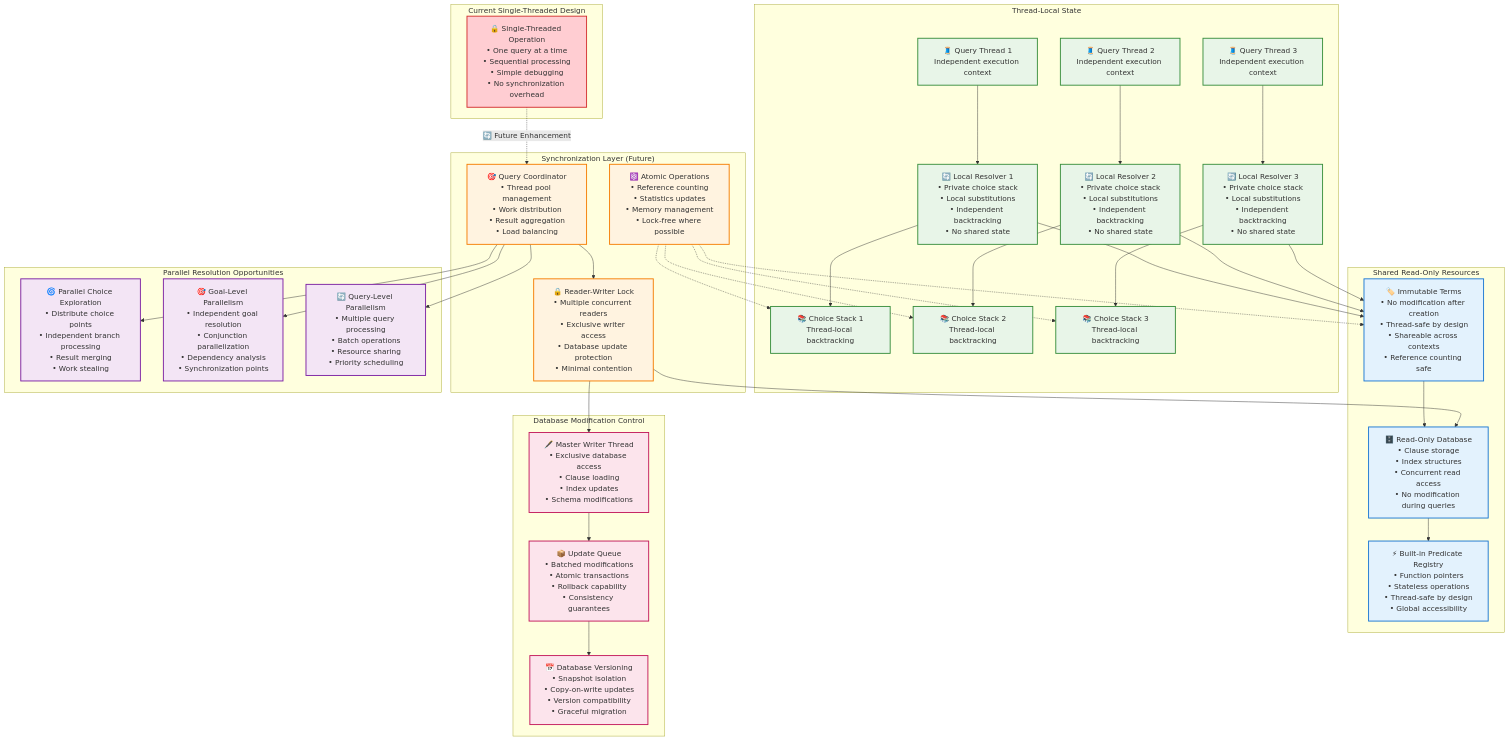
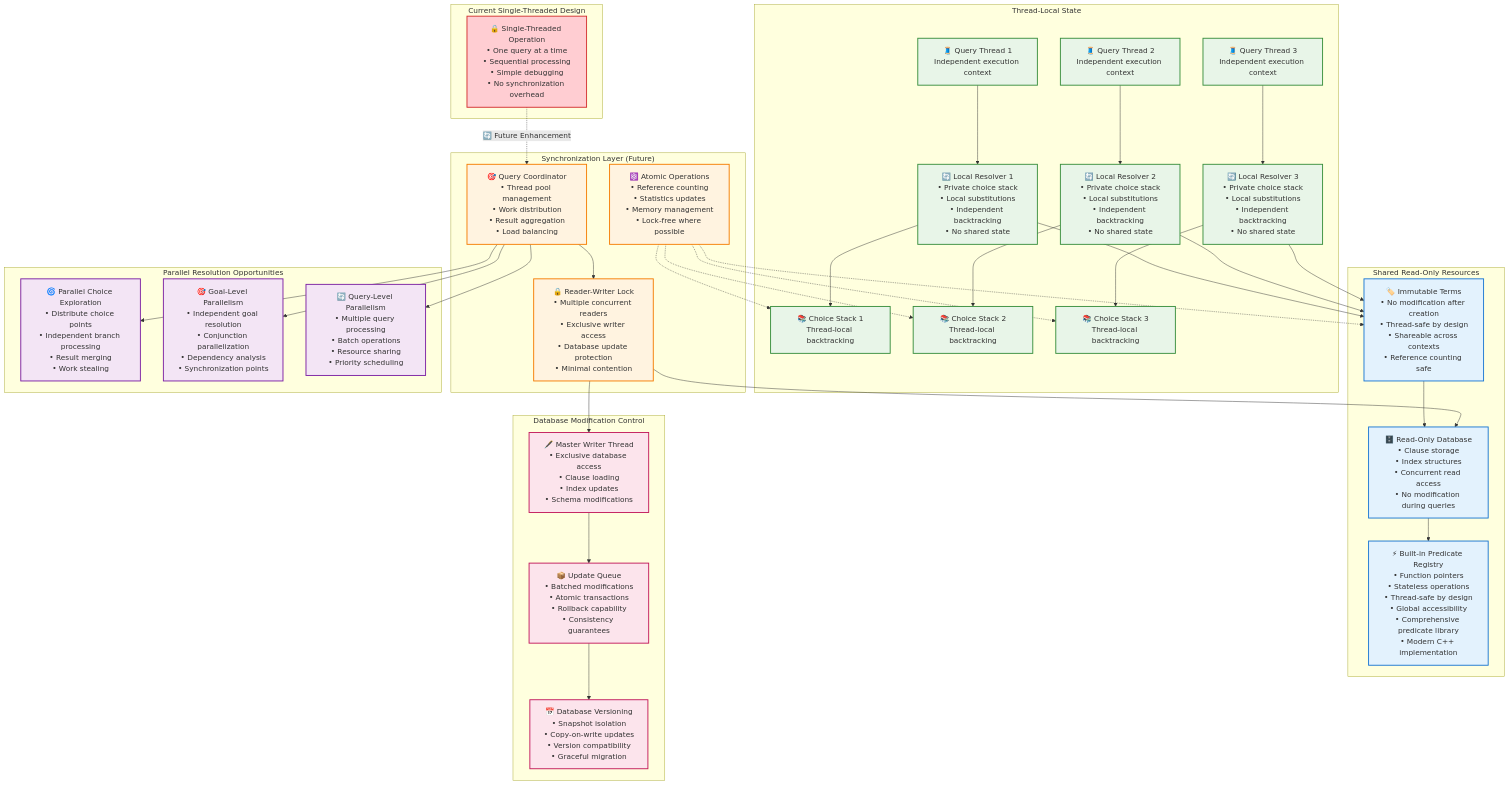
One commit to cschladetsch/CppProlog changed the ninth of 9 diagrams in docs/DATA_FLOW.md. Above: the diagram before and after it, drawn with Mermaid. The commit also changed other lines of this file and 32 other files, not shown here.

First line of the commit message:
Major v2.0.0 release: Cut operator, enhanced built-ins, performance optimization, and comprehensive testing

```diff
--- a/docs/DATA_FLOW.md
+++ b/docs/DATA_FLOW.md
@@ -835,7 +835,7 @@
         
         DATABASE_RO["🗄️ Read-Only Database<br/>• Clause storage<br/>• Index structures<br/>• Concurrent read access<br/>• No modification during queries"]
         
-        BUILTIN_REGISTRY["⚡ Built-in Predicate Registry<br/>• Function pointers<br/>• Stateless operations<br/>• Thread-safe by design<br/>• Global accessibility"]
+        BUILTIN_REGISTRY["⚡ Built-in Predicate Registry<br/>• Function pointers<br/>• Stateless operations<br/>• Thread-safe by design<br/>• Global accessibility<br/>• Comprehensive predicate library<br/>• Modern C++ implementation"]
     end
     
     subgraph "Thread-Local State"
```
